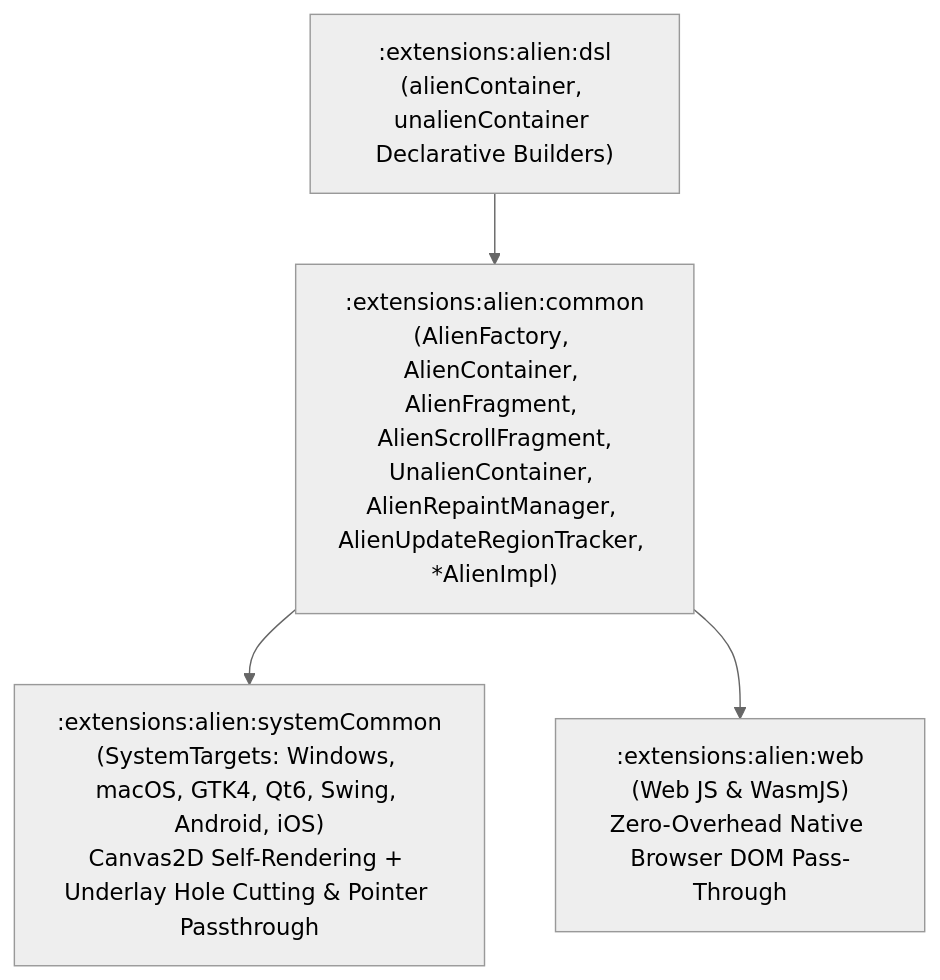
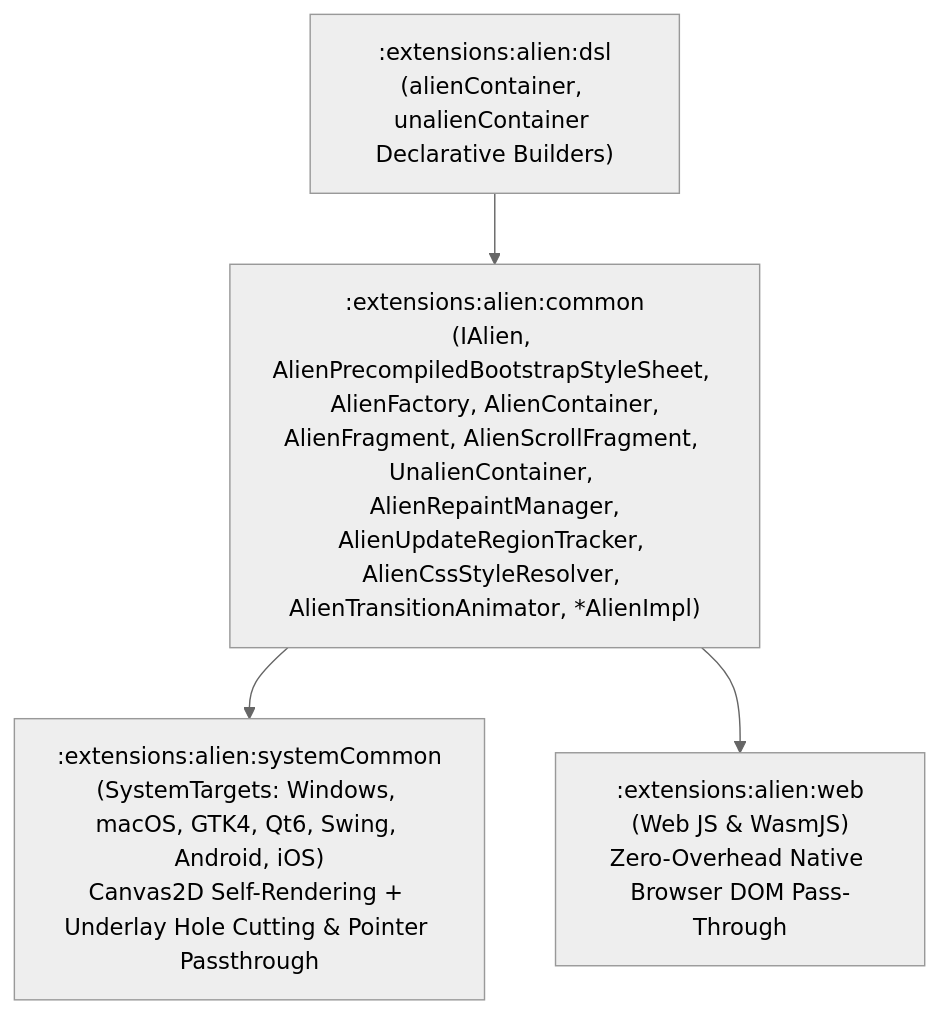
Before and after one commit to GenericUI/Extensions: the second of 2 diagrams in docs/alien.md, drawn with Mermaid (neutral theme). The commit also changed other lines of this file and 42 other files, not shown here.

Commit message:
feat(extensions): add IAlien stylesheet ordering, precompiled Bootstrap SCSS for alien, isolated style/bootstrap DSL, and updated docs

````diff
--- a/docs/alien.md
+++ b/docs/alien.md
@@ -11,11 +85,11 @@
 ```mermaid
 flowchart TD
-    Common[":extensions:alien:common<br/>(AlienFactory, AlienContainer, AlienFragment, AlienScrollFragment,<br/>UnalienContainer, AlienRepaintManager, AlienUpdateRegionTracker, *AlienImpl)"]
+    Common[":extensions:alien:common<br/>(IAlien, AlienPrecompiledBootstrapStyleSheet, AlienFactory, AlienContainer,<br/>AlienFragment, AlienScrollFragment, UnalienContainer, AlienRepaintManager,<br/>AlienUpdateRegionTracker, AlienCssStyleResolver, AlienTransitionAnimator, *AlienImpl)"]
     SysCommon[":extensions:alien:systemCommon<br/>(SystemTargets: Windows, macOS, GTK4, Qt6, Swing, Android, iOS)<br/>Canvas2D Self-Rendering + Underlay Hole Cutting & Pointer Passthrough"]
     Web[":extensions:alien:web<br/>(Web JS & WasmJS)<br/>Zero-Overhead Native Browser DOM Pass-Through"]
     Dsl[":extensions:alien:dsl<br/>(alienContainer, unalienContainer Declarative Builders)"]
 
     Common --> SysCommon
     Common --> Web
     Dsl --> Common
 ```
````
